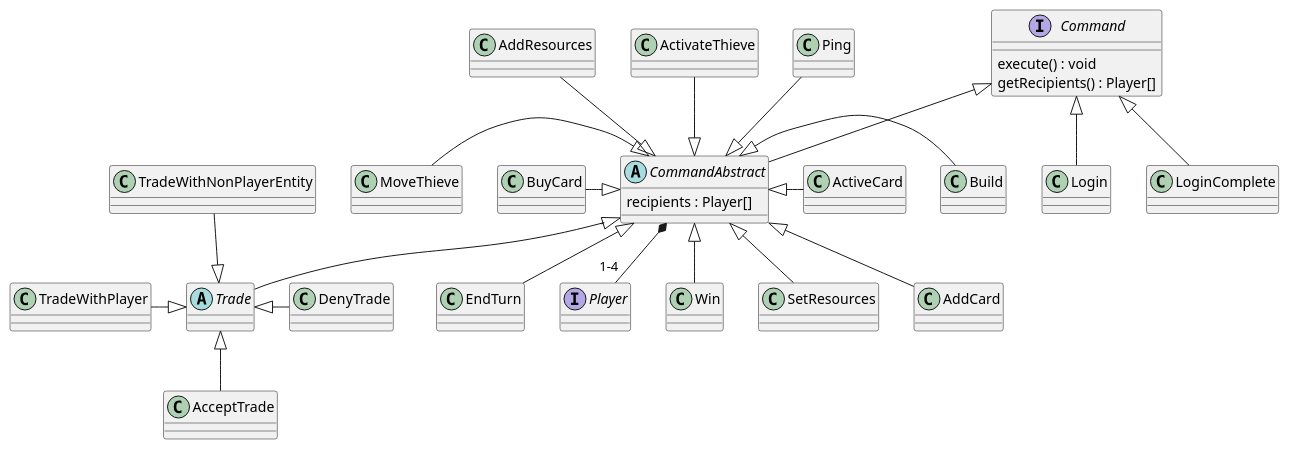
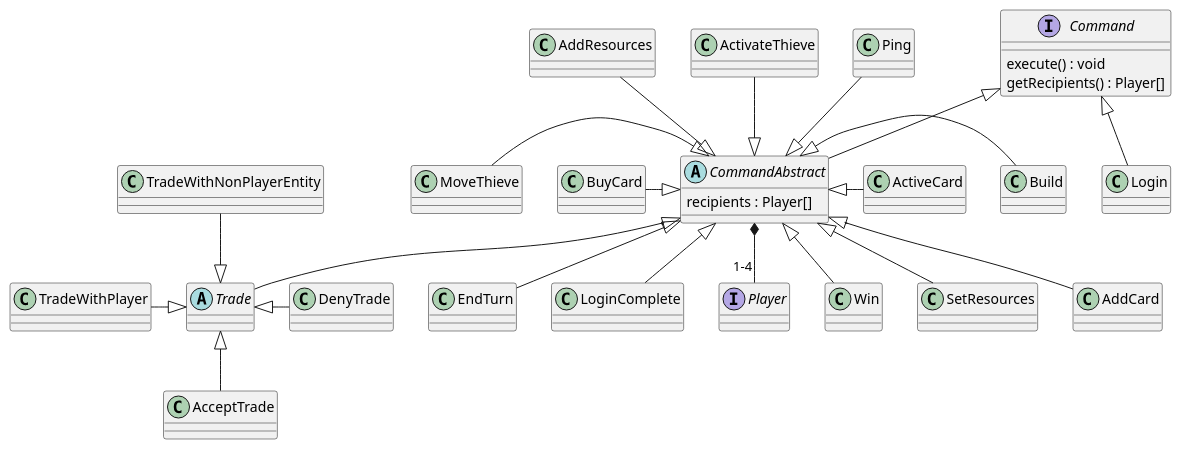
Before and after one commit to theray1/Les-Colons-De-Catane: the diagram in catan-doc/modules/conception/pages/classDiagramCommands.adoc, drawn with PlantUML.

```diff
--- a/catan-doc/modules/conception/pages/classDiagramCommands.adoc
+++ b/catan-doc/modules/conception/pages/classDiagramCommands.adoc
@@ -1,56 +1,56 @@
 [plantuml]
 ....
 @startuml
   abstract Trade {}
   abstract CommandAbstract{
   		recipients : Player[]
   }
   class TradeWithPlayer {}
   class TradeWithNonPlayerEntity {}
   class AcceptTrade {}
   class DenyTrade {}
   class BuyCard {}
   class MoveThieve {}
   class Build {}
   class ActiveCard {}
   class Ping {}
   class ActivateThieve {}
   class Win {}
   class SetResources{}
   class AddResources{}
   class AddCard{}
   class EndTurn{}
   class Login{}
   class LoginComplete{}
   
   interface Player{}
   
   interface Command{
   	execute() : void
   	getRecipients() : Player[]
   }
   
   Trade <|-left- TradeWithPlayer
   Trade <|-up- TradeWithNonPlayerEntity
   Trade <|-down- AcceptTrade
   Trade <|-right- DenyTrade
   
   Command <|-down- CommandAbstract
   Command <|-down- Login
-  Command <|-down- LoginComplete
+  CommandAbstract <|-down- LoginComplete
   CommandAbstract <|-left- BuyCard
   CommandAbstract <|-left- MoveThieve
   CommandAbstract <|-right- Build
   CommandAbstract <|-right- ActiveCard
   CommandAbstract <|-up- Ping
   CommandAbstract <|-up- ActivateThieve
   CommandAbstract <|-up- AddResources
   CommandAbstract <|-down- AddCard
   CommandAbstract <|-down- Win
   CommandAbstract <|-down- SetResources
   CommandAbstract <|-- EndTurn
   CommandAbstract <|-- Trade
   
   CommandAbstract *-- "1-4" Player
 @enduml
 ....
```
